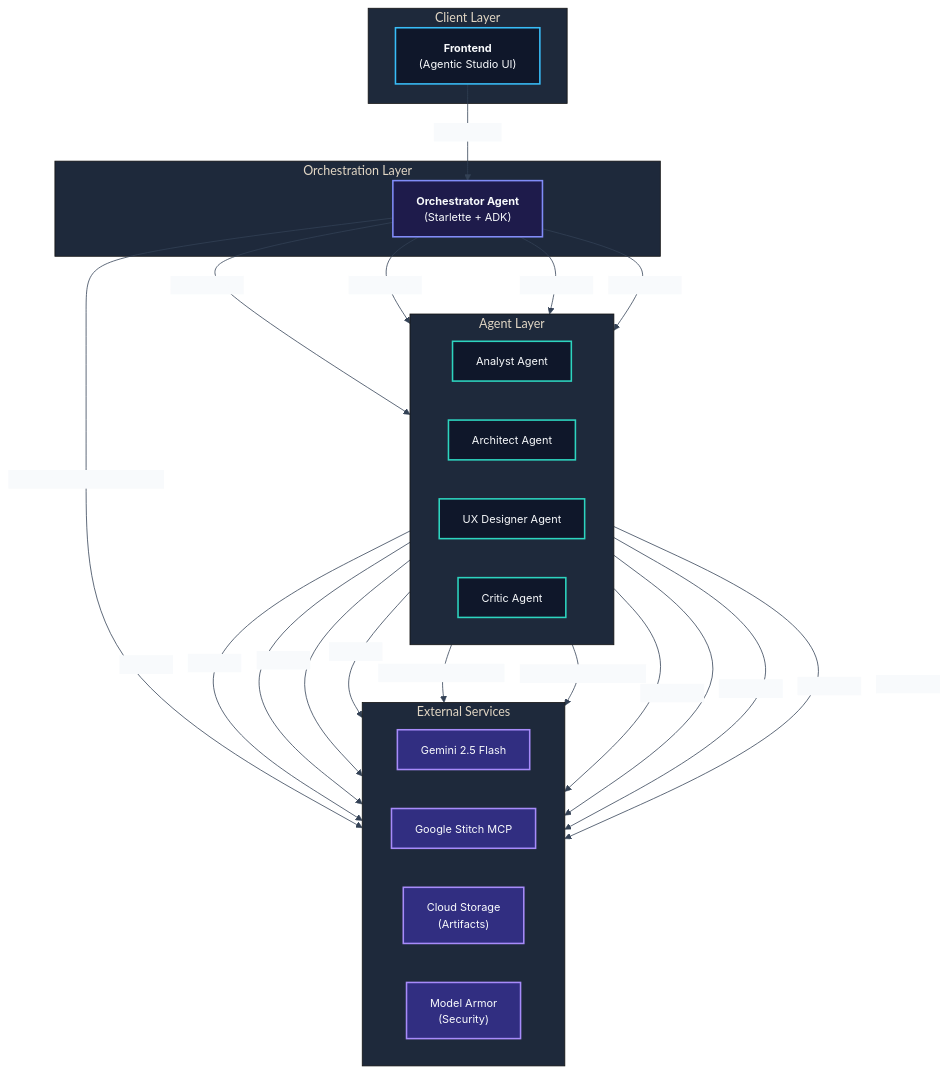
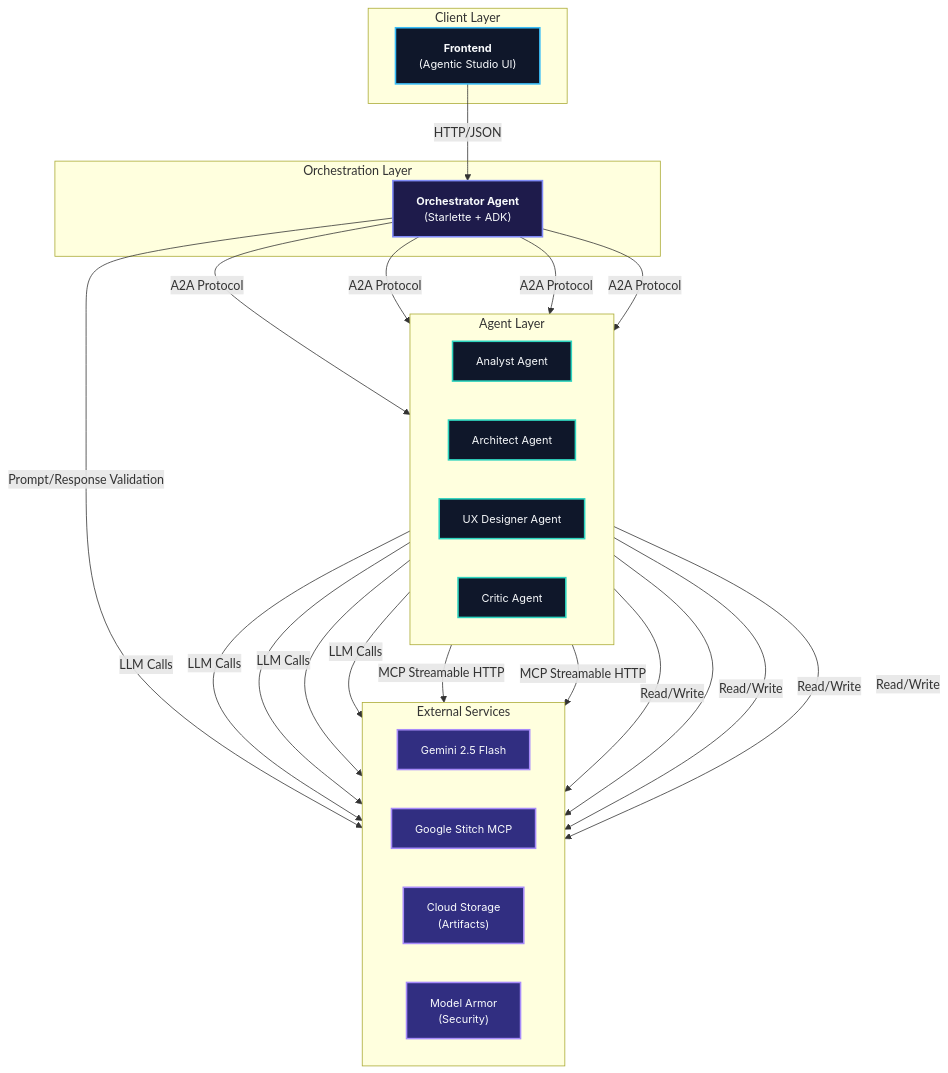
The first of 3 diagrams in README.md (jggomez/multi-agents-product-architect-creator), drawn with Mermaid before and after one commit. The commit also changed other lines of this file, not shown here.

Commit message:
docs: revert high-contrast styling for System and Deployment diagrams, keeping only Communication Flow

````diff
--- a/README.md
+++ b/README.md
@@ -55,62 +55,61 @@
 ```mermaid
-%%{init: {'theme': 'base', 'themeVariables': { 'primaryColor': '#1e293b', 'primaryTextColor': '#f8fafc', 'primaryBorderColor': '#334155', 'lineColor': '#334155', 'secondaryColor': '#0f172a', 'tertiaryColor': '#1e293b', 'edgeLabelBackground':'#f8fafc', 'nodeBorder':'#334155' }}}%%
 graph TB
     subgraph "Client Layer"
         FE["<b>Frontend</b><br/>(Agentic Studio UI)"]
     end
 
     subgraph "Orchestration Layer"
         ORCH["<b>Orchestrator Agent</b><br/>(Starlette + ADK)"]
     end
 
     subgraph "Agent Layer"
         direction LR
         AN["Analyst Agent"]
         AR["Architect Agent"]
         UX["UX Designer Agent"]
         CR["Critic Agent"]
     end
 
     subgraph "External Services"
         direction LR
         GEMINI["Gemini 2.5 Flash"]
         STITCH["Google Stitch MCP"]
         GCS["Cloud Storage<br/>(Artifacts)"]
         MA["Model Armor<br/>(Security)"]
     end
 
     FE -- "HTTP/JSON" --> ORCH
     ORCH -- "A2A Protocol" --> AN
     ORCH -- "A2A Protocol" --> AR
     ORCH -- "A2A Protocol" --> UX
     ORCH -- "A2A Protocol" --> CR
 
     AN -- "LLM Calls" --> GEMINI
     AR -- "LLM Calls" --> GEMINI
     UX -- "LLM Calls" --> GEMINI
     CR -- "LLM Calls" --> GEMINI
 
     UX -- "MCP Streamable HTTP" --> STITCH
     CR -- "MCP Streamable HTTP" --> STITCH
 
     AN -- "Read/Write" --> GCS
     AR -- "Read/Write" --> GCS
     UX -- "Read/Write" --> GCS
     CR -- "Read/Write" --> GCS
 
     ORCH -- "Prompt/Response Validation" --> MA
 
     %% Technical Premium Styles
     style FE fill:#0f172a,stroke:#38bdf8,stroke-width:2px,color:#f8fafc
     style ORCH fill:#1e1b4b,stroke:#818cf8,stroke-width:2px,color:#f8fafc
     style AN fill:#0f172a,stroke:#2dd4bf,stroke-width:2px,color:#f8fafc
     style AR fill:#0f172a,stroke:#2dd4bf,stroke-width:2px,color:#f8fafc
     style UX fill:#0f172a,stroke:#2dd4bf,stroke-width:2px,color:#f8fafc
     style CR fill:#0f172a,stroke:#2dd4bf,stroke-width:2px,color:#f8fafc
     style GEMINI fill:#312e81,stroke:#a78bfa,stroke-width:2px,color:#f8fafc
     style STITCH fill:#312e81,stroke:#a78bfa,stroke-width:2px,color:#f8fafc
     style GCS fill:#312e81,stroke:#a78bfa,stroke-width:2px,color:#f8fafc
     style MA fill:#312e81,stroke:#a78bfa,stroke-width:2px,color:#f8fafc
 
     classDef default font-family:Inter,font-size:14px;
 ```
````
